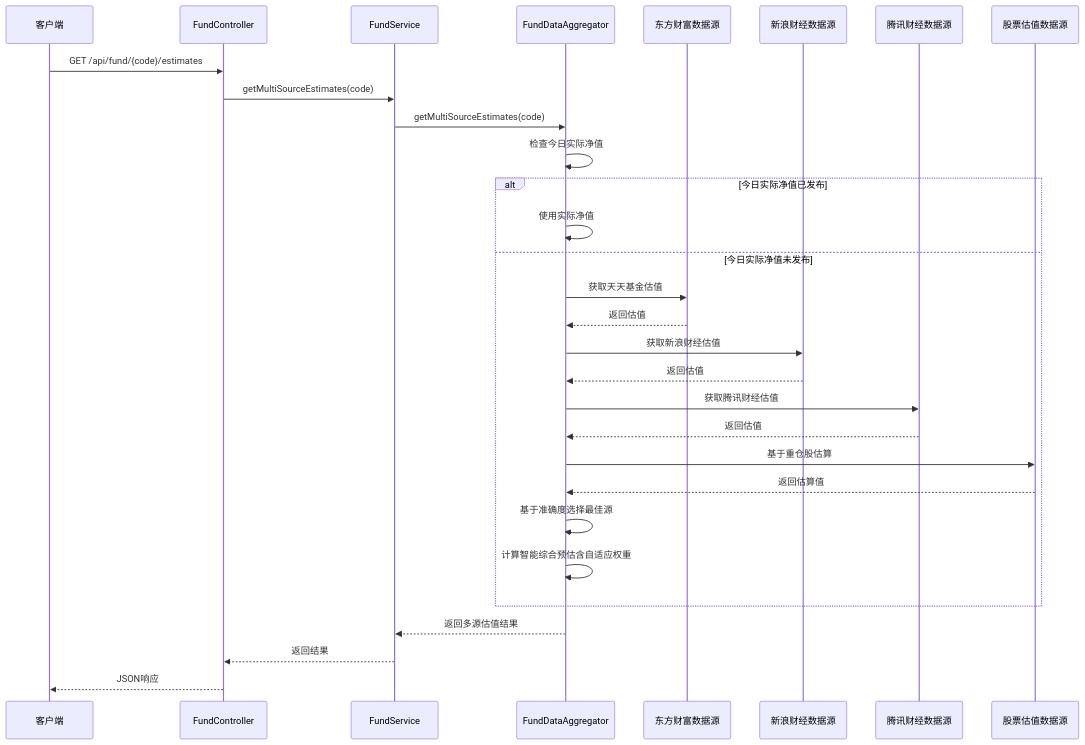
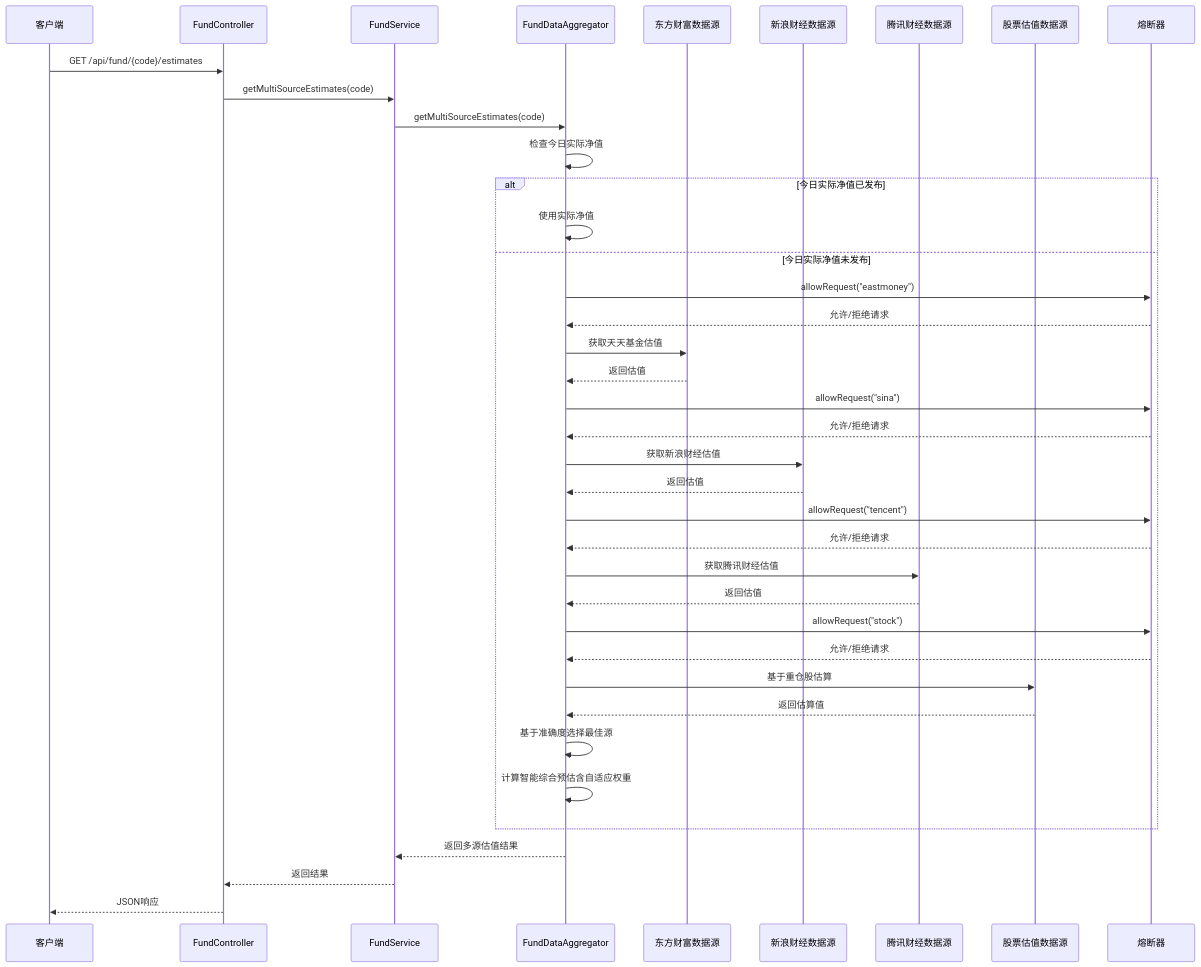
One commit to gree-coder/fund-butler changed diagram 14 of 21 in .qoder/repowiki/zh/content/核心功能开发/多源基金估值系统.md. Above: the diagram before and after it, drawn with Mermaid. The commit also changed other lines of this file and 23 other files, not shown here.

````diff
--- a/.qoder/repowiki/zh/content/核心功能开发/多源基金估值系统.md
+++ b/.qoder/repowiki/zh/content/核心功能开发/多源基金估值系统.md
@@ -522,32 +659,41 @@
 ```mermaid
 sequenceDiagram
 participant Client as 客户端
 participant Controller as FundController
 participant Service as FundService
 participant Aggregator as FundDataAggregator
 participant EM as 东方财富数据源
 participant Sina as 新浪财经数据源
 participant Tencent as 腾讯财经数据源
 participant Stock as 股票估值数据源
+participant CB as 熔断器
 Client->>Controller : GET /api/fund/{code}/estimates
 Controller->>Service : getMultiSourceEstimates(code)
 Service->>Aggregator : getMultiSourceEstimates(code)
 Aggregator->>Aggregator : 检查今日实际净值
 alt 今日实际净值已发布
 Aggregator->>Aggregator : 使用实际净值
 else 今日实际净值未发布
+Aggregator->>CB : allowRequest("eastmoney")
+CB-->>Aggregator : 允许/拒绝请求
 Aggregator->>EM : 获取天天基金估值
 EM-->>Aggregator : 返回估值
+Aggregator->>CB : allowRequest("sina")
+CB-->>Aggregator : 允许/拒绝请求
 Aggregator->>Sina : 获取新浪财经估值
 Sina-->>Aggregator : 返回估值
+Aggregator->>CB : allowRequest("tencent")
+CB-->>Aggregator : 允许/拒绝请求
 Aggregator->>Tencent : 获取腾讯财经估值
 Tencent-->>Aggregator : 返回估值
+Aggregator->>CB : allowRequest("stock")
+CB-->>Aggregator : 允许/拒绝请求
 Aggregator->>Stock : 基于重仓股估算
 Stock-->>Aggregator : 返回估算值
 Aggregator->>Aggregator : 基于准确度选择最佳源
 Aggregator->>Aggregator : 计算智能综合预估含自适应权重
 end
 Aggregator-->>Service : 返回多源估值结果
 Service-->>Controller : 返回结果
 Controller-->>Client : JSON响应
 ```
````
